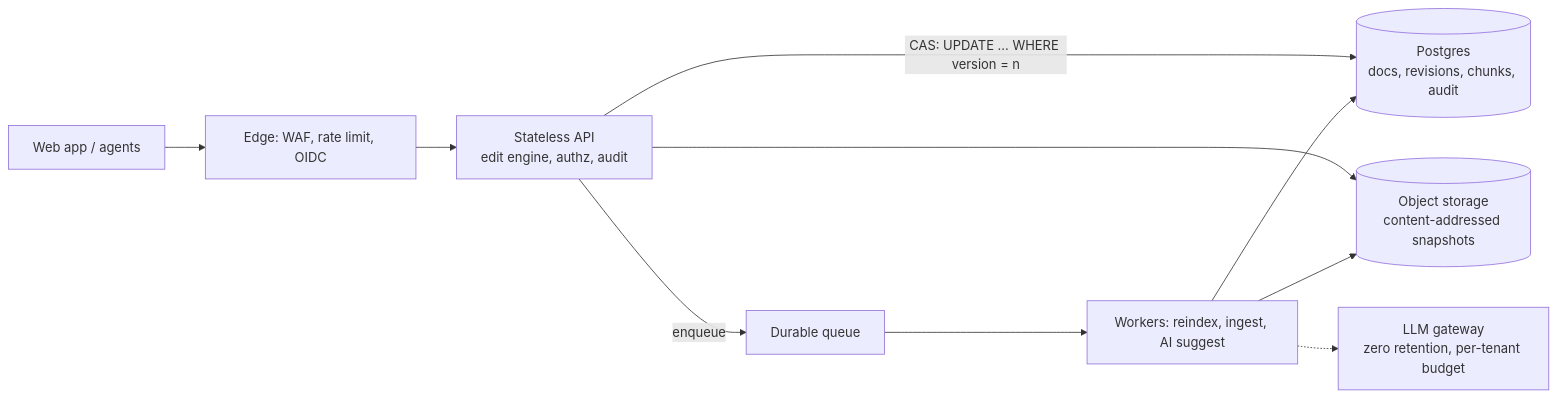
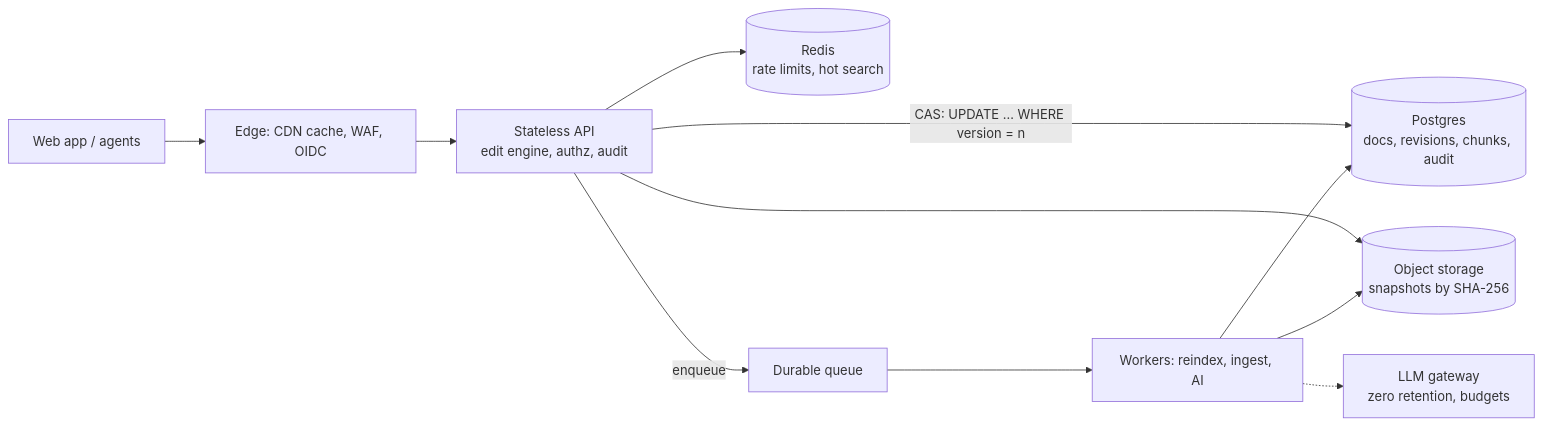
Before and after one commit to olanotolu/clause-take-home: the diagram in INFRA.md, drawn with Mermaid. The commit also changed other lines of this file and 3 other files, not shown here.

````diff
--- a/INFRA.md
+++ b/INFRA.md
@@ -7,12 +7,13 @@
 ```mermaid
 flowchart LR
-  U[Web app / agents] --> E[Edge: WAF, rate limit, OIDC]
+  U[Web app / agents] --> E[Edge: CDN cache, WAF, OIDC]
   E --> A[Stateless API<br/>edit engine, authz, audit]
   A -->|"CAS: UPDATE … WHERE version = n"| P[(Postgres<br/>docs, revisions, chunks, audit)]
-  A --> S[(Object storage<br/>content-addressed snapshots)]
+  A --> R[(Redis<br/>rate limits, hot search)]
+  A --> S[(Object storage<br/>snapshots by SHA-256)]
   A -->|enqueue| Q[Durable queue]
-  Q --> W[Workers: reindex, ingest, AI suggest]
+  Q --> W[Workers: reindex, ingest, AI]
   W --> P
   W --> S
-  W -.-> L[LLM gateway<br/>zero retention, per-tenant budget]
+  W -.-> L[LLM gateway<br/>zero retention, budgets]
 ```
````
